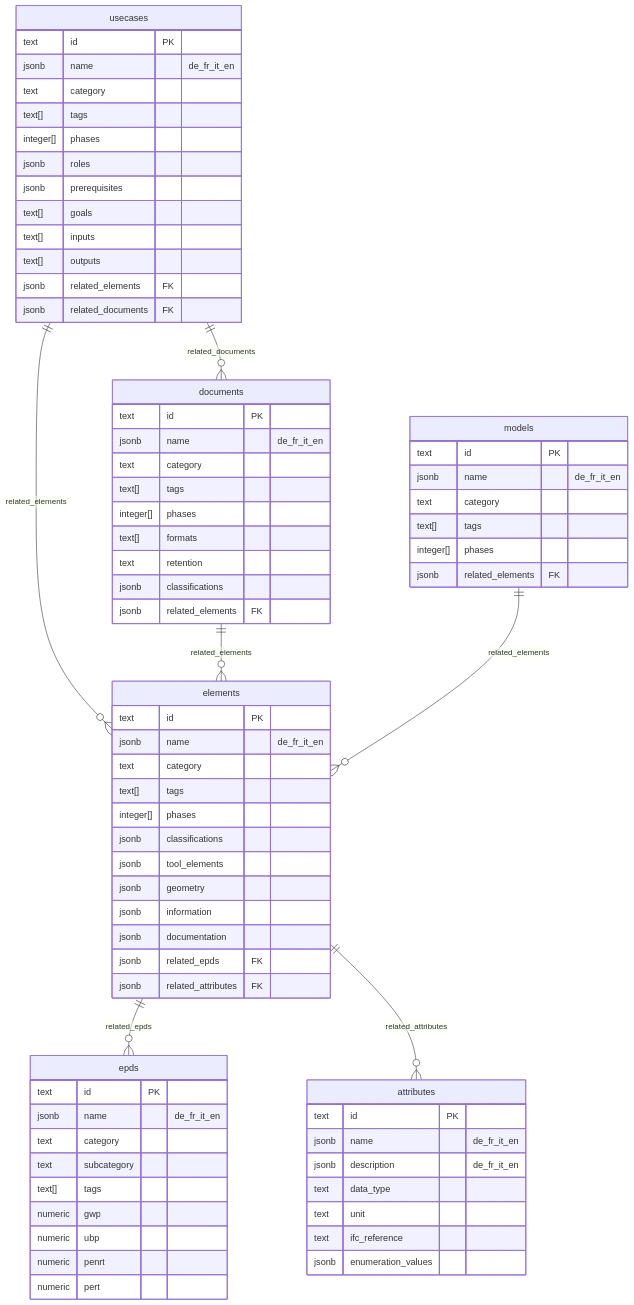
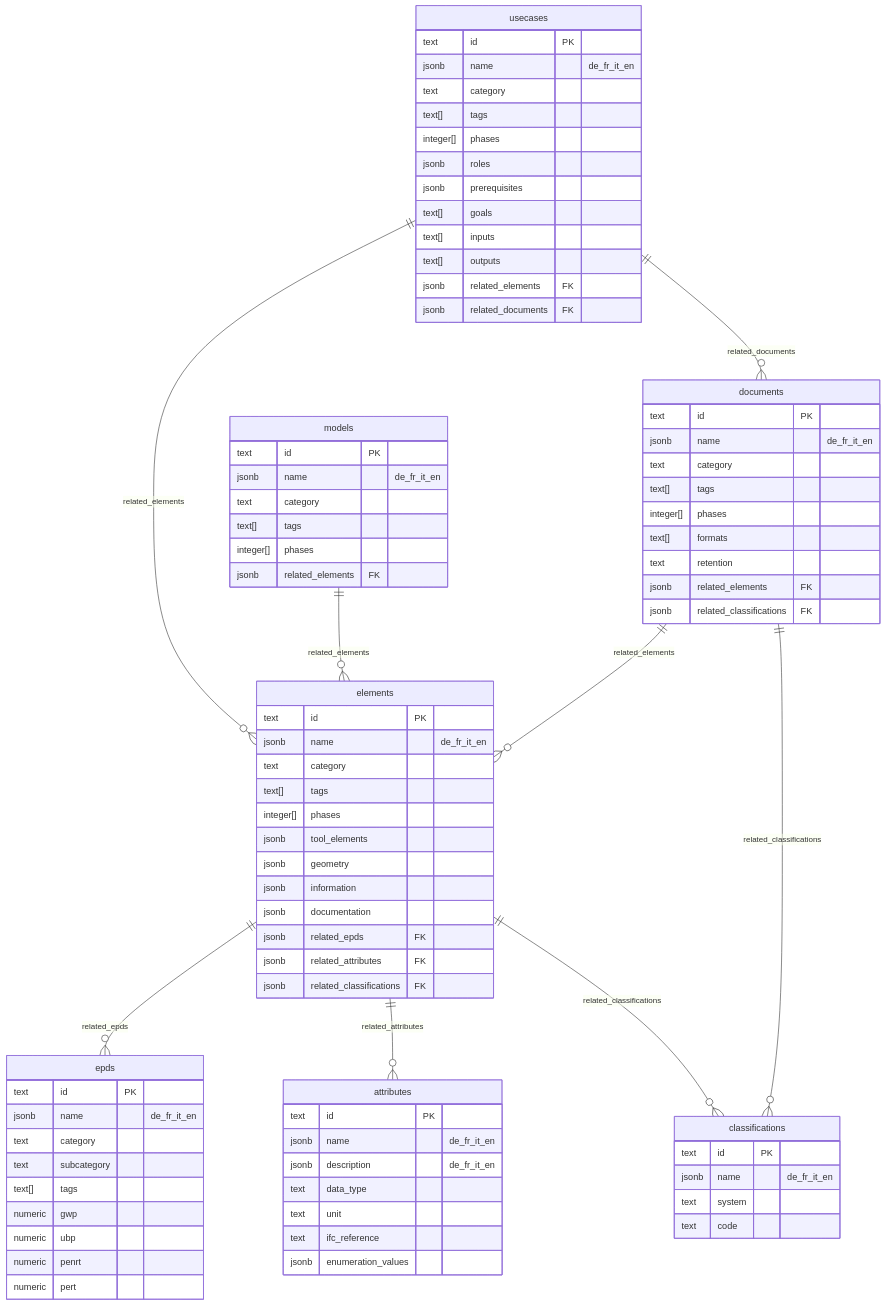
One commit to davras5/kbob-fdk changed the diagram in documentation/DATAMODEL.md. Above: the diagram before and after it, drawn with Mermaid. The commit also changed other lines of this file, not shown here.

First line of the commit message:
Add classifications table with i18n support

```diff
--- a/documentation/DATAMODEL.md
+++ b/documentation/DATAMODEL.md
@@ -43,7 +46,9 @@
     usecases ||--o{ documents : "related_documents"
     elements ||--o{ epds : "related_epds"
     elements ||--o{ attributes : "related_attributes"
+    elements ||--o{ classifications : "related_classifications"
     documents ||--o{ elements : "related_elements"
+    documents ||--o{ classifications : "related_classifications"
     models ||--o{ elements : "related_elements"
 
     elements {
@@ -52,13 +57,13 @@
         text category
         text[] tags
         integer[] phases
-        jsonb classifications
         jsonb tool_elements
         jsonb geometry
         jsonb information
         jsonb documentation
         jsonb related_epds FK
         jsonb related_attributes FK
+        jsonb related_classifications FK
     }
 
     attributes {
@@ -71,6 +76,13 @@
         jsonb enumeration_values
     }
 
+    classifications {
+        text id PK
+        jsonb name "de_fr_it_en"
+        text system
+        text code
+    }
+
     documents {
         text id PK
         jsonb name "de_fr_it_en"
@@ -79,8 +91,8 @@
         integer[] phases
         text[] formats
         text retention
-        jsonb classifications
         jsonb related_elements FK
+        jsonb related_classifications FK
     }
 
     usecases {
```
